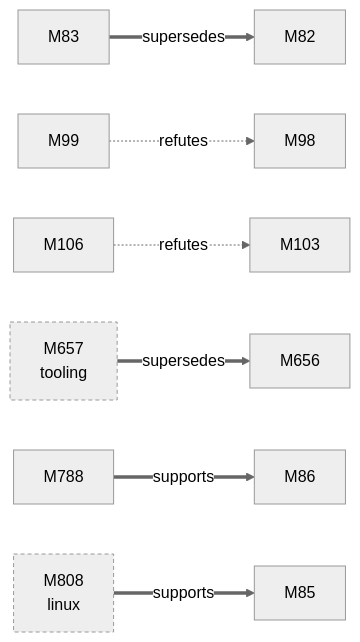
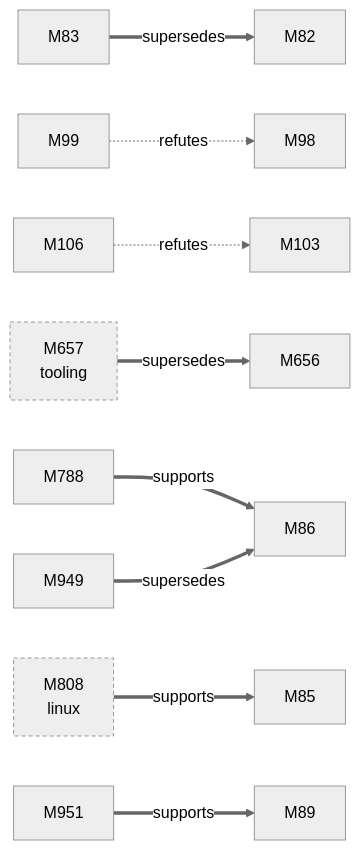
The first of 3 diagrams in docs/facts/graphs/display.md (D-Ogi/amdgpu-wddm), drawn with Mermaid (neutral theme) before and after one commit. The commit also changed other lines of this file and 11 other files, not shown here.

````diff
--- a/docs/facts/graphs/display.md
+++ b/docs/facts/graphs/display.md
@@ -9,23 +9,28 @@
 ```mermaid
 flowchart LR
   M82["M82"]
   M83["M83"]
   M85["M85"]
   M86["M86"]
+  M89["M89"]
   M98["M98"]
   M99["M99"]
   M103["M103"]
   M106["M106"]
   M656["M656"]
   M657["M657<br/>tooling"]
   M788["M788"]
   M808["M808<br/>linux"]
+  M949["M949"]
+  M951["M951"]
   M83 ==>|supersedes| M82
   M99 -.->|refutes| M98
   M106 -.->|refutes| M103
   M788 ==>|supports| M86
+  M949 ==>|supersedes| M86
+  M951 ==>|supports| M89
   M808 ==>|supports| M85
   M657 ==>|supersedes| M656
   classDef other stroke-dasharray:4 3
   class M657,M808 other
 ```
````
